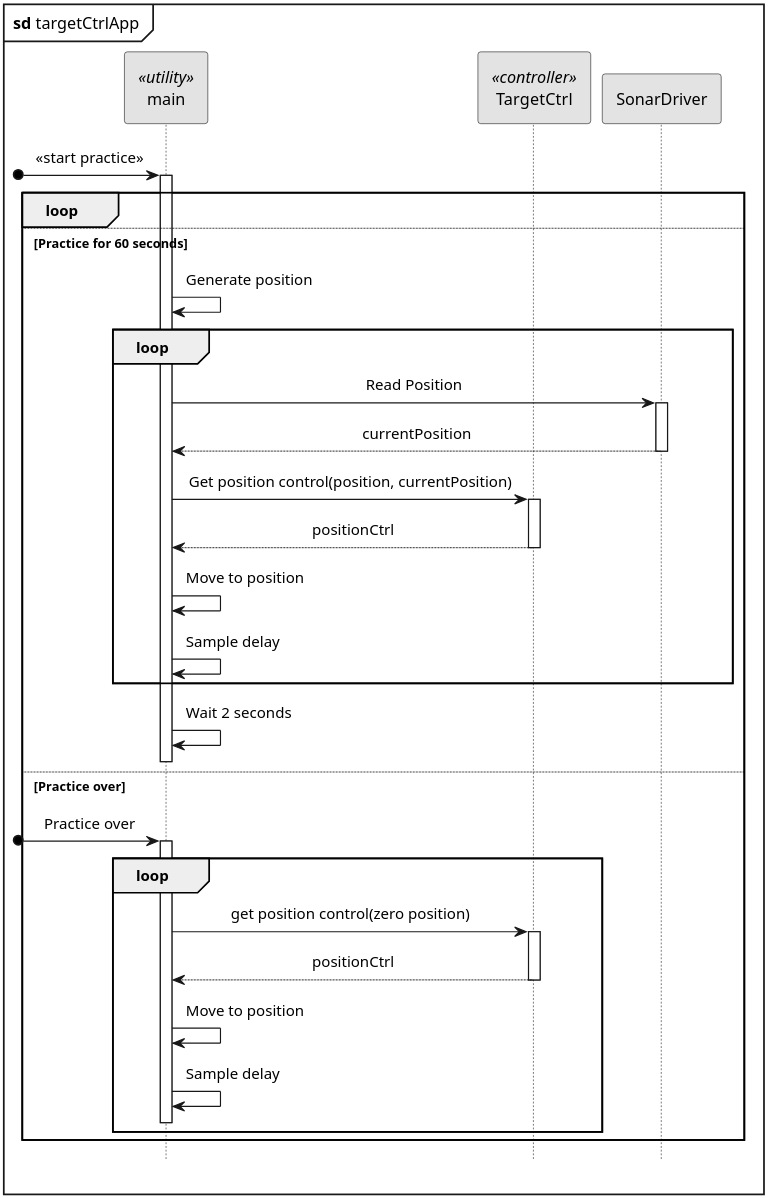
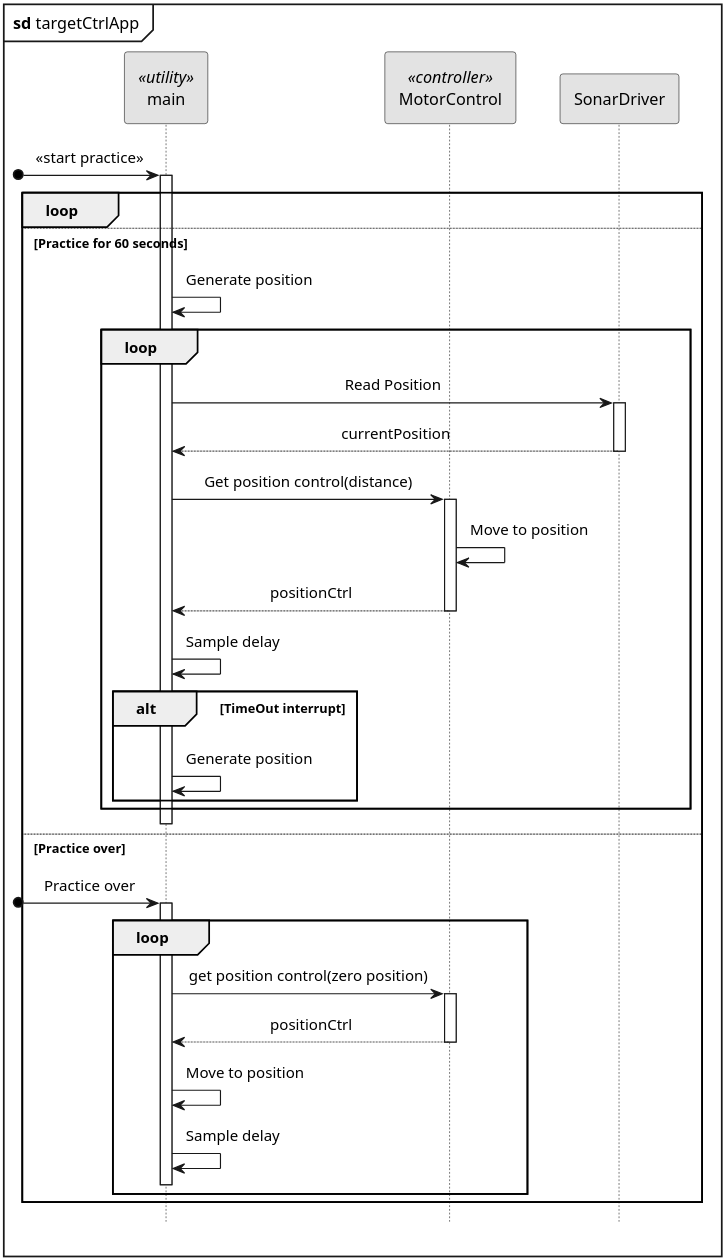
One commit to LasseKrarup/Laser-Tag-Project changed the diagram in PlantUML/src/targetCtrlApp_sd.plantuml. Above: the diagram before and after it, drawn with PlantUML.

Commit message:
targetCtrlApp opdateret

```diff
--- a/PlantUML/src/targetCtrlApp_sd.plantuml
+++ b/PlantUML/src/targetCtrlApp_sd.plantuml
@@ -1,63 +1,67 @@
 @startuml targetCtrlApp_sd
 
 hide footbox
 
 skinparam {
     monochrome true
     dpi 300
     padding 5
     sequenceMessageAlign center
     packageStyle frame
     shadowing false
     'backgroundColor transparent
 }
 
 mainframe **sd** targetCtrlApp
 
 participant main <<utility>>
-participant TargetCtrl <<controller>>
+participant MotorControl <<controller>>
 participant SonarDriver
 
 [o-> main: <<start practice>>
 activate main
 
 loop
     else Practice for 60 seconds
     main -> main: Generate position
     loop
         main -> SonarDriver: Read Position
         activate SonarDriver
         return currentPosition
         deactivate SonarDriver
-        main -> TargetCtrl: Get position control(position, currentPosition)
-        activate TargetCtrl
+        main -> MotorControl: Get position control(distance)
+        activate MotorControl
+        MotorControl -> MotorControl: Move to position
         return positionCtrl
-        deactivate TargetCtrl
-        main -> main: Move to position
+        deactivate MotorControl
         main -> main: Sample delay
+
+        alt TimeOut interrupt
+            main -> main: Generate position
+
+        end
     end
-    main -> main: Wait 2 seconds
-    TargetCtrl -[hidden]> main
+    MotorControl -[hidden]> main
 
     deactivate main
 
 
 
     else Practice over
     
     [o-> main: Practice over
     activate main
     loop
-        main -> TargetCtrl: get position control(zero position)
-        activate TargetCtrl
+        main -> MotorControl: get position control(zero position)
+        activate MotorControl
         return positionCtrl
-        deactivate TargetCtrl
+        deactivate MotorControl
         main -> main: Move to position
         main -> main: Sample delay
-        TargetCtrl -[hidden]> main
-        deactivate TargetCtrl
+        MotorControl -[hidden]> main
+        deactivate MotorControl
         deactivate main
     end
 end
 
 @enduml
```
